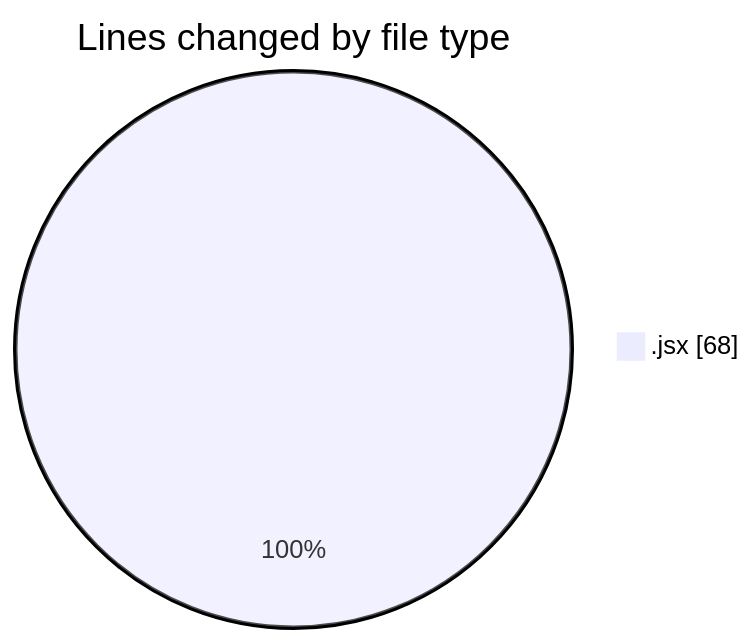
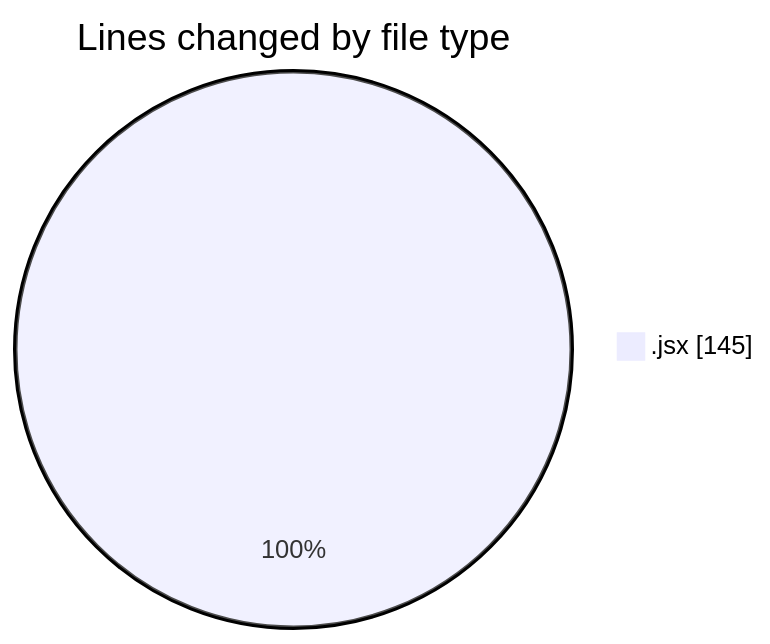
Before and after one commit to Elitesun/code-tracking: the first of 2 diagrams in 2025-02-24/elitesgpt/README.md, drawn with Mermaid. The commit also changed other lines of this file and 1 other file, not shown here.

````diff
--- a/2025-02-24/elitesgpt/README.md
+++ b/2025-02-24/elitesgpt/README.md
@@ -20,5 +21,5 @@
 ```mermaid
 pie showData
 title Lines changed by file type
-".jsx" : 68
+".jsx" : 145
 ```
````
